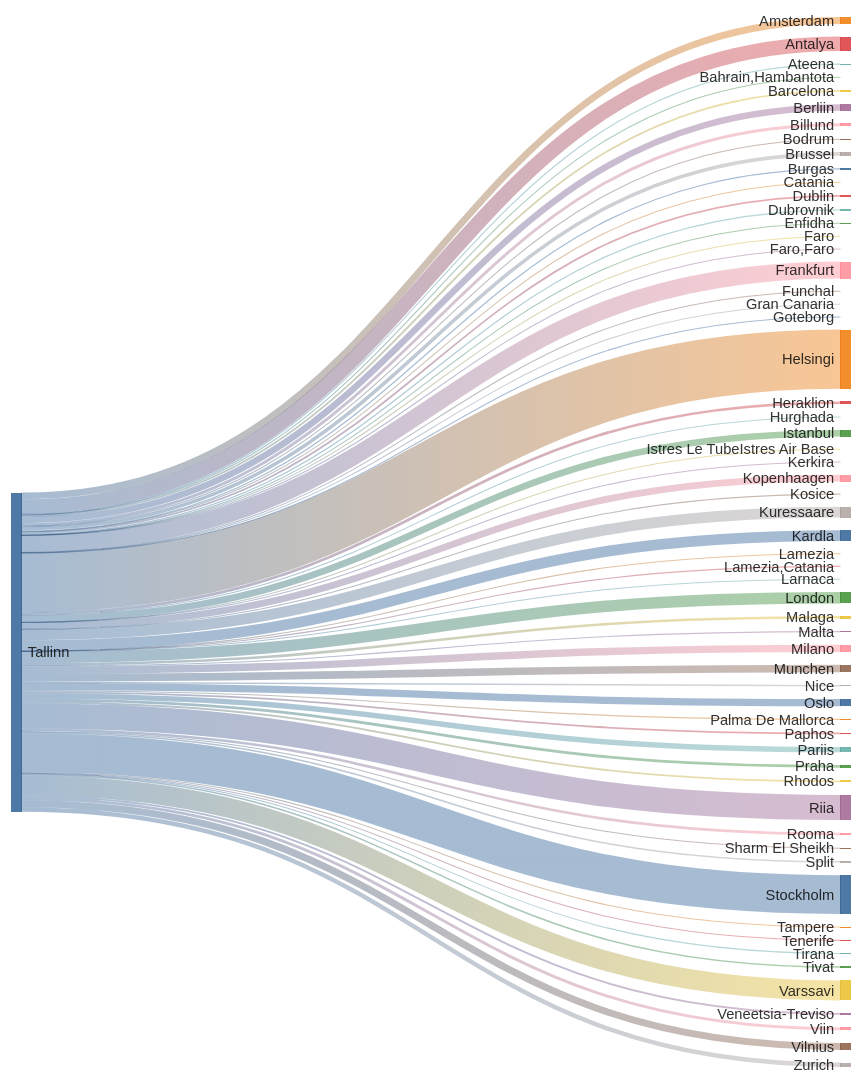
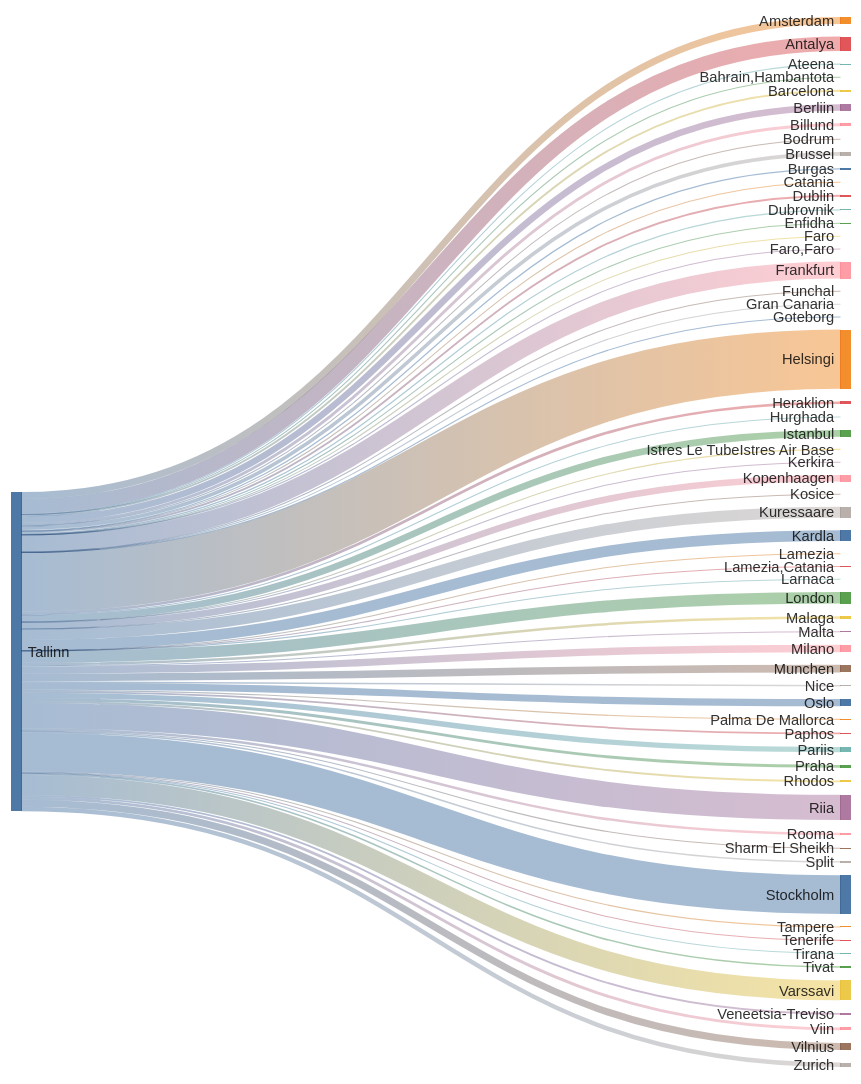
The second of 2 diagrams in README.md (rainermesi/tll-airport-departures), drawn with Mermaid before and after one commit. The commit also changed other lines of this file, not shown here.

````diff
--- a/README.md
+++ b/README.md
@@ -34,72 +34,72 @@
 ```mermaid
 ---
 config:
   sankey:
     showValues: false
     width: 800
     height: 1000
 ---
 sankey-beta
 %% source,target,value
-Tallinn,Amsterdam,115
-Tallinn,Antalya,246
+Tallinn,Amsterdam,116
+Tallinn,Antalya,247
 Tallinn,Ateena,16
 Tallinn,"Bahrain,Hambantota",1
 Tallinn,Barcelona,31
-Tallinn,Berliin,109
+Tallinn,Berliin,110
 Tallinn,Billund,49
 Tallinn,Bodrum,11
 Tallinn,Brussel,61
 Tallinn,Burgas,21
 Tallinn,Catania,2
-Tallinn,Dublin,30
+Tallinn,Dublin,31
 Tallinn,Dubrovnik,21
 Tallinn,Enfidha,7
 Tallinn,Faro,4
 Tallinn,"Faro,Faro",1
-Tallinn,Frankfurt,286
+Tallinn,Frankfurt,288
 Tallinn,Funchal,4
 Tallinn,Gran Canaria,6
 Tallinn,Goteborg,1
-Tallinn,Helsingi,1000
+Tallinn,Helsingi,1006
 Tallinn,Heraklion,46
-Tallinn,Hurghada,10
-Tallinn,Istanbul,113
+Tallinn,Hurghada,12
+Tallinn,Istanbul,114
 Tallinn,Istres Le TubeIstres Air Base,2
 Tallinn,Kerkira,4
 Tallinn,Kopenhaagen,114
 Tallinn,Kosice,1
-Tallinn,Kuressaare,183
-Tallinn,Kardla,183
+Tallinn,Kuressaare,184
+Tallinn,Kardla,184
 Tallinn,Lamezia,1
 Tallinn,"Lamezia,Catania",3
 Tallinn,Larnaca,4
-Tallinn,London,195
+Tallinn,London,197
 Tallinn,Malaga,43
 Tallinn,Malta,15
 Tallinn,Milano,125
-Tallinn,Munchen,129
+Tallinn,Munchen,130
 Tallinn,Nice,25
 Tallinn,Oslo,122
 Tallinn,Palma De Mallorca,19
 Tallinn,Paphos,30
 Tallinn,Pariis,91
 Tallinn,Praha,49
 Tallinn,Rhodos,32
-Tallinn,Riia,425
+Tallinn,Riia,429
 Tallinn,Rooma,43
 Tallinn,Sharm El Sheikh,12
 Tallinn,Split,25
-Tallinn,Stockholm,654
+Tallinn,Stockholm,657
 Tallinn,Tampere,17
 Tallinn,Tenerife,9
 Tallinn,Tirana,8
 Tallinn,Tivat,26
-Tallinn,Varssavi,337
+Tallinn,Varssavi,339
 Tallinn,Veneetsia-Treviso,31
-Tallinn,Viin,49
+Tallinn,Viin,50
 Tallinn,Vilnius,119
-Tallinn,Zurich,76
+Tallinn,Zurich,77
 
 
 ```
````
